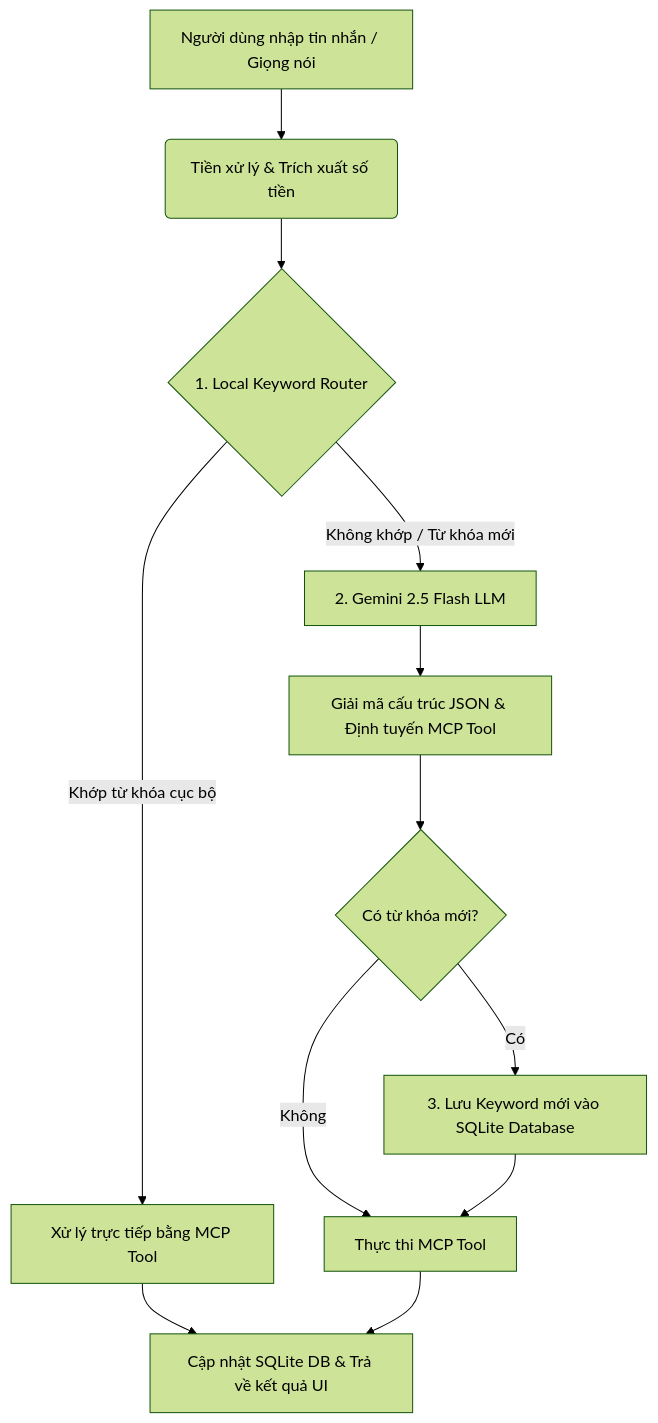
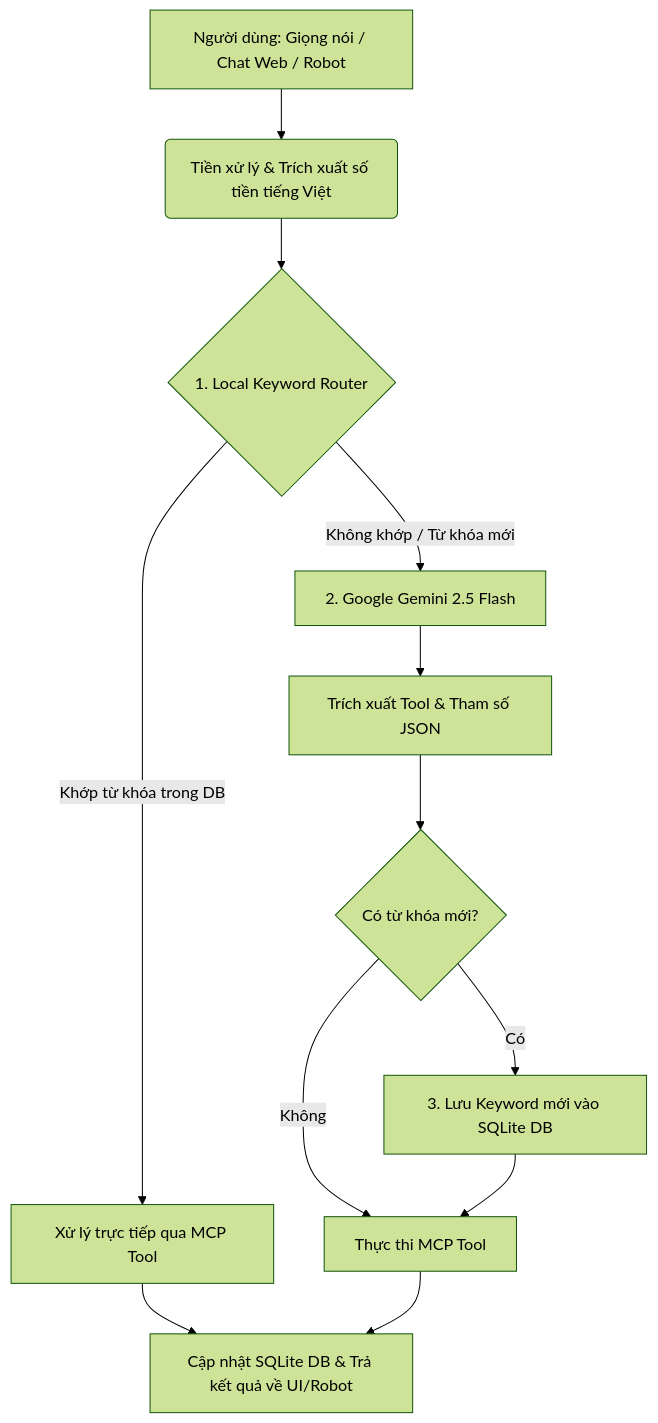
The diagram in README.md (iamjuly205/mcp-finance-tool), drawn with Mermaid (forest theme) before and after one commit. The commit also changed other lines of this file and 4 other files, not shown here.

````diff
--- a/README.md
+++ b/README.md
@@ -48,17 +40,17 @@
 ```mermaid
 graph TD
-    A[Người dùng nhập tin nhắn / Giọng nói] --> B(Tiền xử lý & Trích xuất số tiền)
+    A[Người dùng: Giọng nói / Chat Web / Robot] --> B(Tiền xử lý & Trích xuất số tiền tiếng Việt)
     B --> C{1. Local Keyword Router}
     
-    C -- Khớp từ khóa cục bộ --> D[Xử lý trực tiếp bằng MCP Tool]
-    C -- Không khớp / Từ khóa mới --> E[2. Gemini 2.5 Flash LLM]
+    C -- Khớp từ khóa trong DB --> D[Xử lý trực tiếp qua MCP Tool]
+    C -- Không khớp / Từ khóa mới --> E[2. Google Gemini 2.5 Flash]
     
-    E --> F[Giải mã cấu trúc JSON & Định tuyến MCP Tool]
+    E --> F[Trích xuất Tool & Tham số JSON]
     F --> G{Có từ khóa mới?}
-    G -- Có --> H[3. Lưu Keyword mới vào SQLite Database]
+    G -- Có --> H[3. Lưu Keyword mới vào SQLite DB]
     G -- Không --> I[Thực thi MCP Tool]
     H --> I
     
-    D --> J[Cập nhật SQLite DB & Trả về kết quả UI]
+    D --> J[Cập nhật SQLite DB & Trả kết quả về UI/Robot]
     I --> J
 ```
````
